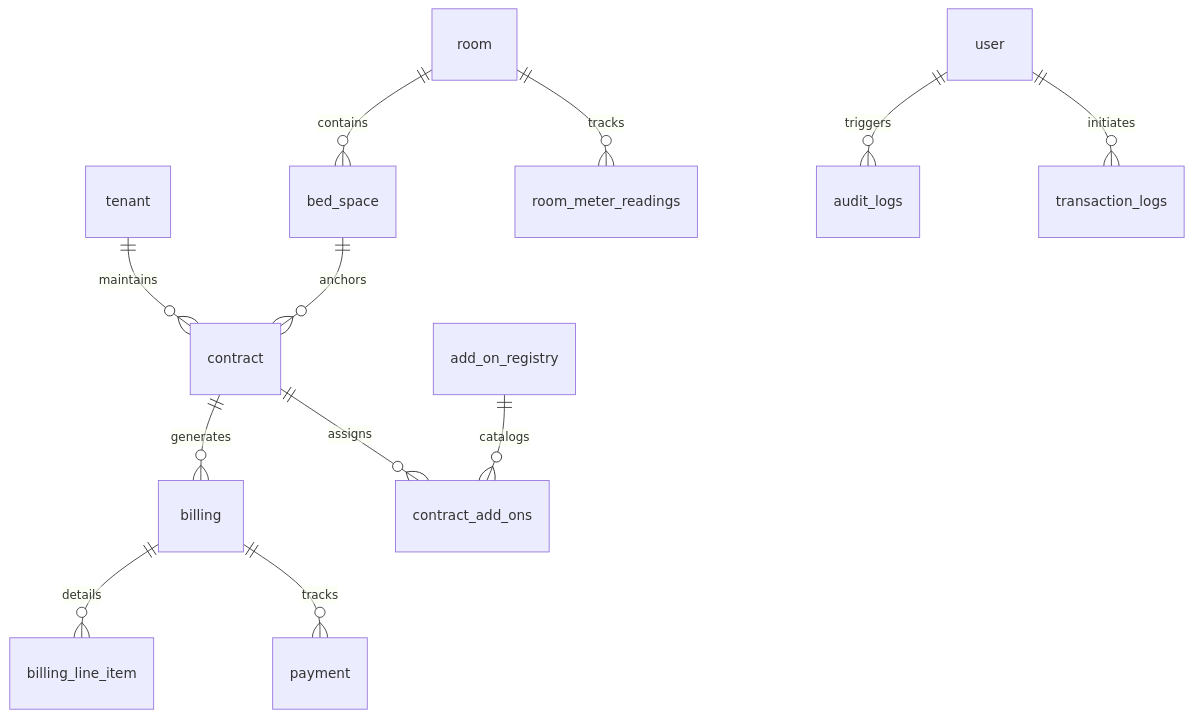
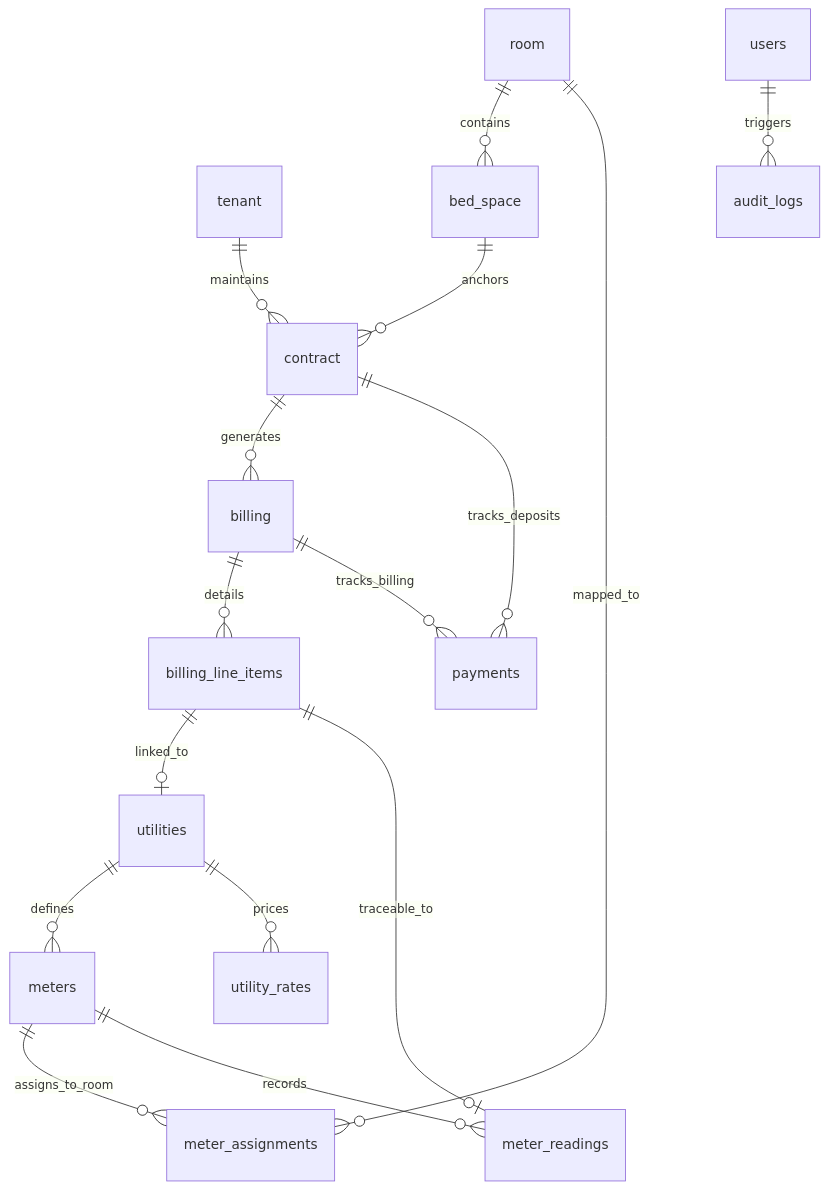
One commit to markalvincadangin/havenstay changed the diagram in docs/DATABASE.md. Above: the diagram before and after it, drawn with Mermaid. The commit also changed other lines of this file and 410 other files, not shown here.

Commit message:
Refactor: Hardening system performance, forensic architecture, and production deployment configuration

````diff
--- a/docs/DATABASE.md
+++ b/docs/DATABASE.md
@@ -102,14 +106,18 @@
 ```mermaid
 erDiagram
     tenant ||--o{ contract : maintains
     room ||--o{ bed_space : contains
-    room ||--o{ room_meter_readings : tracks
+    room ||--o{ meter_assignments : mapped_to
     bed_space ||--o{ contract : anchors
     contract ||--o{ billing : generates
-    contract ||--o{ contract_add_ons : assigns
-    add_on_registry ||--o{ contract_add_ons : catalogs
-    billing ||--o{ billing_line_item : details
-    billing ||--o{ payment : tracks
-    user ||--o{ audit_logs : triggers
-    user ||--o{ transaction_logs : initiates
+    contract ||--o{ payments : tracks_deposits
+    billing ||--o{ billing_line_items : details
+    billing ||--o{ payments : tracks_billing
+    billing_line_items ||--o| utilities : linked_to
+    billing_line_items ||--o| meter_readings : traceable_to
+    meters ||--o{ meter_assignments : assigns_to_room
+    meters ||--o{ meter_readings : records
+    utilities ||--o{ meters : defines
+    utilities ||--o{ utility_rates : prices
+    users ||--o{ audit_logs : triggers
 ```
````
